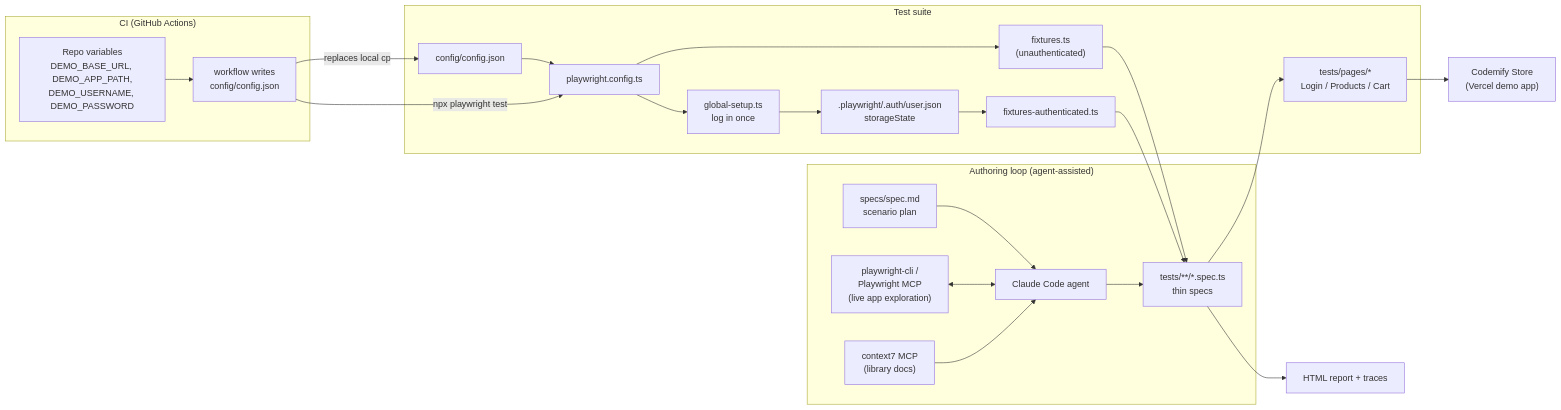
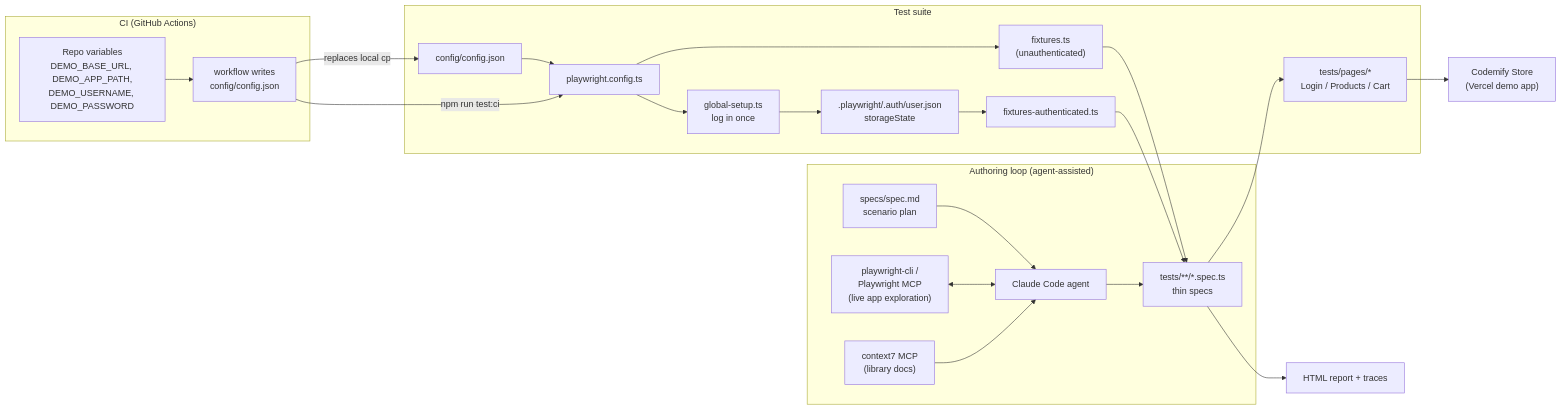
One commit to srabaniupadhyaya/playwright-agentic-testing changed the diagram in README.md. Above: the diagram before and after it, drawn with Mermaid.

Commit message:
docs: label CI edge with the actual npm script

````diff
--- a/README.md
+++ b/README.md
@@ -29,30 +29,30 @@
 ```mermaid
 flowchart LR
     subgraph Authoring["Authoring loop (agent-assisted)"]
         SPEC["specs/spec.md<br/>scenario plan"] --> AGENT["Claude Code agent"]
         CLI["playwright-cli /<br/>Playwright MCP<br/>(live app exploration)"] <--> AGENT
         C7["context7 MCP<br/>(library docs)"] --> AGENT
         AGENT --> TESTS
     end
 
     subgraph Suite["Test suite"]
         CFG["config/config.json"] --> PWC["playwright.config.ts"]
         PWC --> GS["global-setup.ts<br/>log in once"]
         GS --> AUTH[".playwright/.auth/user.json<br/>storageState"]
         AUTH --> FA["fixtures-authenticated.ts"]
         PWC --> FU["fixtures.ts<br/>(unauthenticated)"]
         FU --> TESTS["tests/**/*.spec.ts<br/>thin specs"]
         FA --> TESTS
         TESTS --> POM["tests/pages/*<br/>Login / Products / Cart"]
     end
 
     subgraph CI["CI (GitHub Actions)"]
         VARS["Repo variables<br/>DEMO_BASE_URL, DEMO_APP_PATH,<br/>DEMO_USERNAME, DEMO_PASSWORD"] --> WF["workflow writes<br/>config/config.json"]
     end
 
     WF -->|"replaces local cp"| CFG
-    WF -->|"npx playwright test"| PWC
+    WF -->|"npm run test:ci"| PWC
 
     POM --> APP["Codemify Store<br/>(Vercel demo app)"]
     TESTS --> REPORT["HTML report + traces"]
 ```
````
